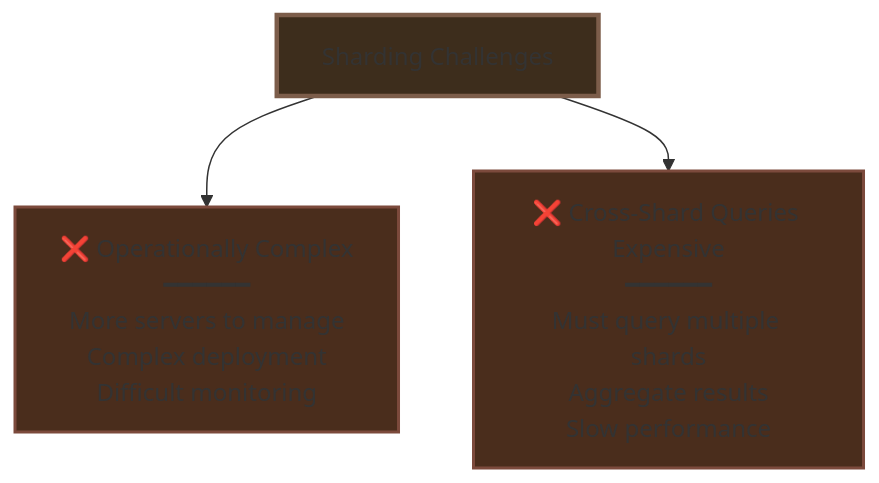
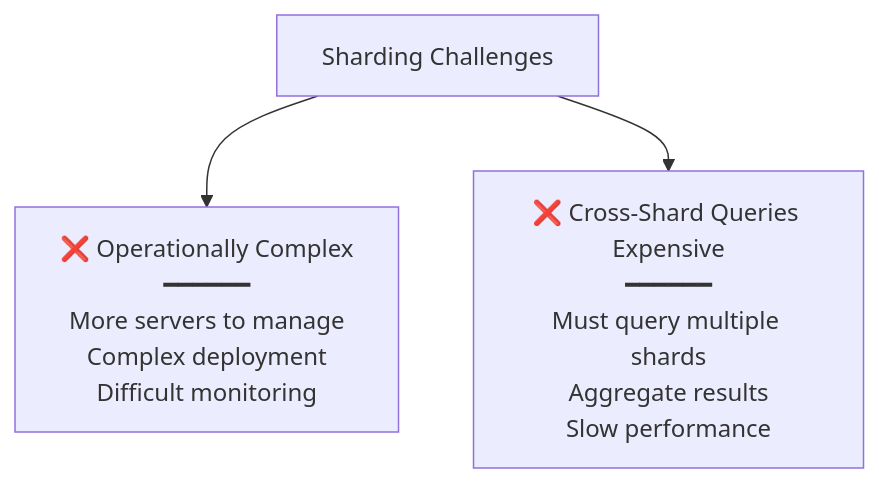
Before and after one commit to Yash-Kavaiya/The-System-Design-Masterclass: diagram 17 of 21 in system design beginner/8. Sharding and Partitioning.md, drawn with Mermaid. The commit also changed other lines of this file, not shown here.

````diff
--- a/system design beginner/8. Sharding and Partitioning.md
+++ b/system design beginner/8. Sharding and Partitioning.md
@@ -467,12 +400,9 @@
 ```mermaid
 graph TB
     SHARD[Sharding Challenges]
     
     SHARD --> DIS1[❌ Operationally Complex<br/>━━━━━━<br/>More servers to manage<br/>Complex deployment<br/>Difficult monitoring]
     
     SHARD --> DIS2[❌ Cross-Shard Queries Expensive<br/>━━━━━━<br/>Must query multiple shards<br/>Aggregate results<br/>Slow performance]
     
-    style SHARD fill:#3d2d1c,stroke:#7c5d4a,stroke-width:3px
-    style DIS1 fill:#4a2d1c,stroke:#7c4a3c,stroke-width:2px
-    style DIS2 fill:#4a2d1c,stroke:#7c4a3c,stroke-width:2px
 ```
````
